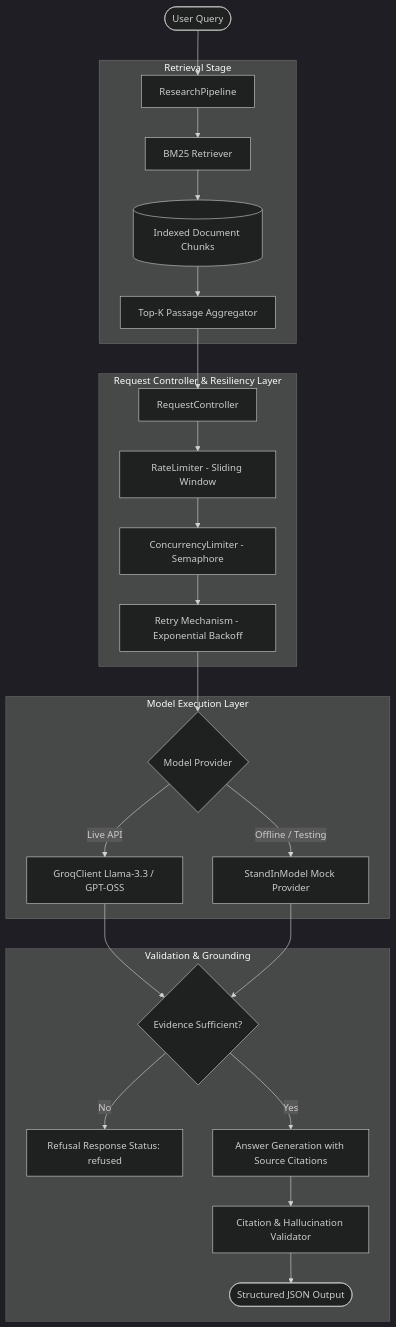
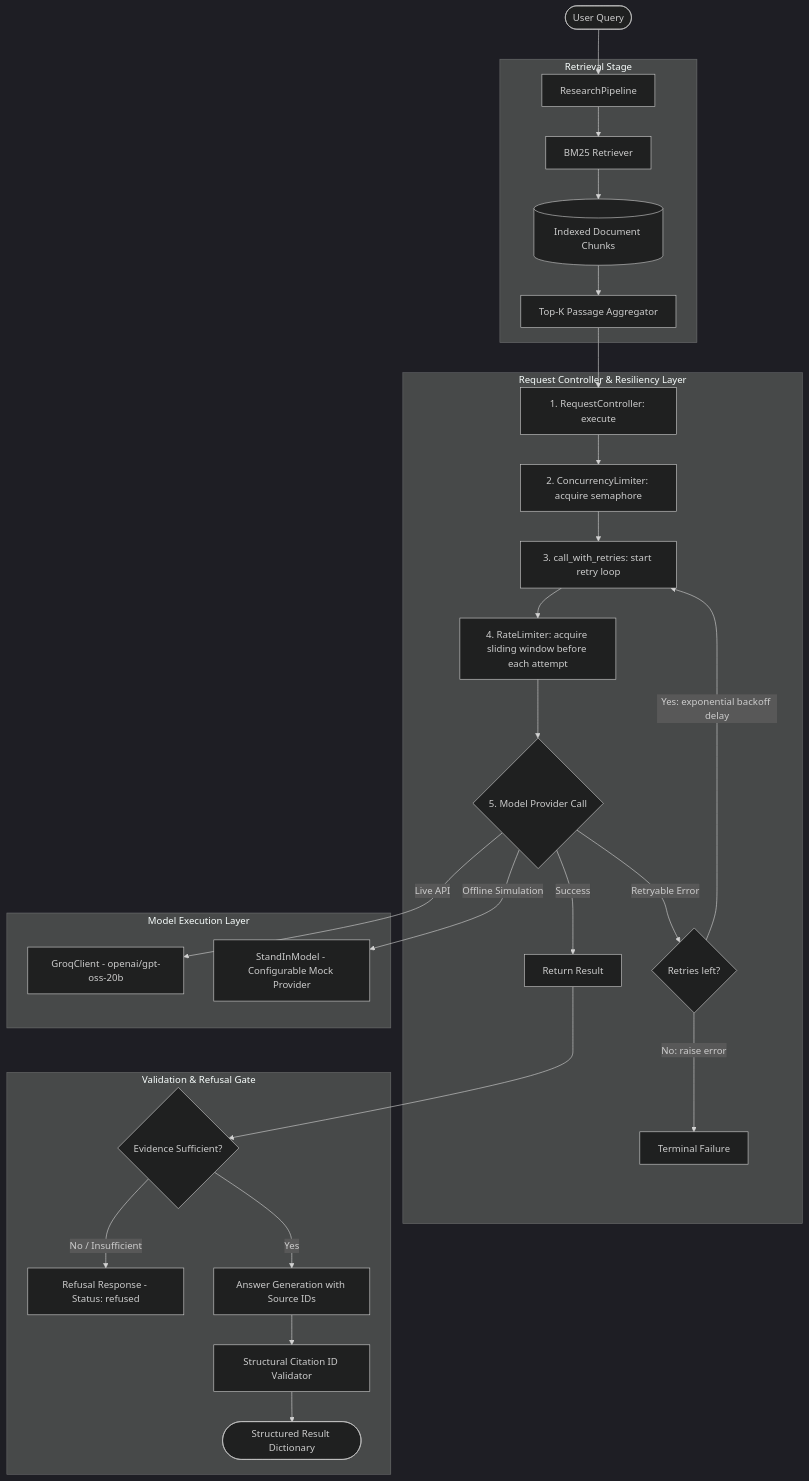
One commit to divysaxena24/Relay-Pipeline changed the diagram in README.md. Above: the diagram before and after it, drawn with Mermaid (dark theme). The commit also changed other lines of this file, not shown here.

````diff
--- a/README.md
+++ b/README.md
@@ -11,32 +13,35 @@
 ```mermaid
 flowchart TD
     User([User Query]) --> RP[ResearchPipeline]
     
     subgraph RetrievalStage [Retrieval Stage]
         RP --> BM25[BM25 Retriever]
         BM25 --> Corpus[(Indexed Document Chunks)]
         Corpus --> Context[Top-K Passage Aggregator]
     end
 
     subgraph ControlPlane [Request Controller & Resiliency Layer]
-        Context --> RC[RequestController]
-        RC --> RL[RateLimiter - Sliding Window]
-        RL --> CL[ConcurrencyLimiter - Semaphore]
-        CL --> RB[Retry Mechanism - Exponential Backoff]
+        Context --> RC[1. RequestController: execute]
+        RC --> CL[2. ConcurrencyLimiter: acquire semaphore]
+        CL --> RB[3. call_with_retries: start retry loop]
+        RB --> RL[4. RateLimiter: acquire sliding window before each attempt]
+        RL --> Provider{5. Model Provider Call}
+        Provider -->|Success| OutputGate[Return Result]
+        Provider -->|Retryable Error| RetryDecision{Retries left?}
+        RetryDecision -->|Yes: exponential backoff delay| RB
+        RetryDecision -->|No: raise error| Terminate[Terminal Failure]
     end
 
     subgraph ExecutionPlane [Model Execution Layer]
-        RB --> Provider{Model Provider}
-        Provider -->|Live API| Groq[GroqClient Llama-3.3 / GPT-OSS]
-        Provider -->|Offline / Testing| StandIn[StandInModel Mock Provider]
+        Provider -->|Live API| Groq[GroqClient - openai/gpt-oss-20b]
+        Provider -->|Offline Simulation| StandIn[StandInModel - Configurable Mock Provider]
     end
 
-    subgraph EvaluationStage [Validation & Grounding]
-        Groq --> Decision{Evidence Sufficient?}
-        StandIn --> Decision
-        Decision -->|No| Refusal[Refusal Response Status: refused]
-        Decision -->|Yes| AnswerGen[Answer Generation with Source Citations]
-        AnswerGen --> CitationValidation[Citation & Hallucination Validator]
-        CitationValidation --> Output([Structured JSON Output])
+    subgraph EvaluationStage [Validation & Refusal Gate]
+        OutputGate --> Decision{Evidence Sufficient?}
+        Decision -->|No / Insufficient| Refusal[Refusal Response - Status: refused]
+        Decision -->|Yes| AnswerGen[Answer Generation with Source IDs]
+        AnswerGen --> CitationValidation[Structural Citation ID Validator]
+        CitationValidation --> FinalOutput([Structured Result Dictionary])
     end
 ```
````
